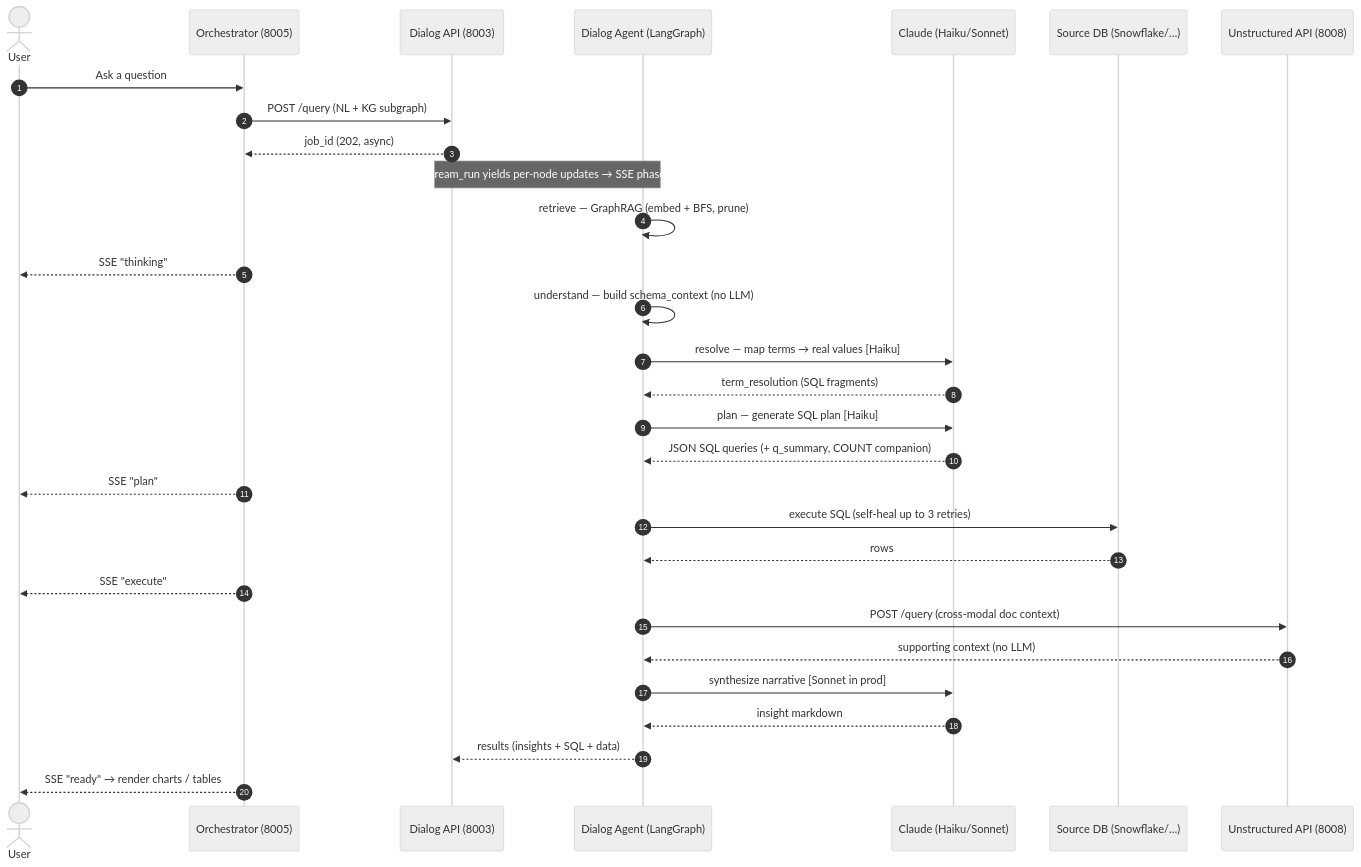
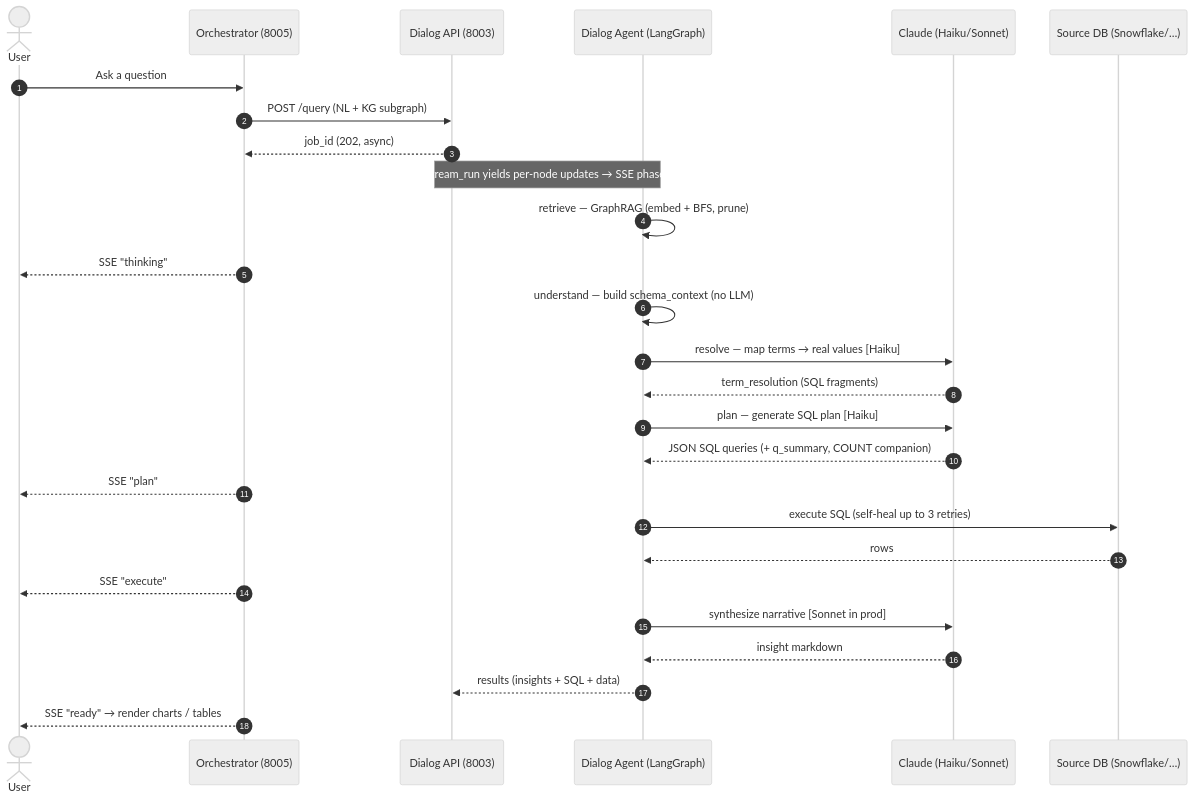
The second of 3 diagrams in docs/DataNanite_Architecture.md (sreejadhar/3M), drawn with Mermaid (neutral theme) before and after one commit. The commit also changed other lines of this file and 55 other files, not shown here.

````diff
--- a/docs/DataNanite_Architecture.md
+++ b/docs/DataNanite_Architecture.md
@@ -721,34 +683,31 @@
 ```mermaid
 sequenceDiagram
     autonumber
     actor User
     participant ORCH as Orchestrator (8005)
     participant DLG as Dialog API (8003)
     participant AG as Dialog Agent (LangGraph)
     participant LLM as Claude (Haiku/Sonnet)
     participant DB as Source DB (Snowflake/…)
-    participant DOC as Unstructured API (8008)
 
     User->>ORCH: Ask a question
     ORCH->>DLG: POST /query (NL + KG subgraph)
     DLG-->>ORCH: job_id (202, async)
     Note over DLG,AG: stream_run yields per-node updates → SSE phases
 
     AG->>AG: retrieve — GraphRAG (embed + BFS, prune)
     ORCH-->>User: SSE "thinking"
     AG->>AG: understand — build schema_context (no LLM)
     AG->>LLM: resolve — map terms → real values [Haiku]
     LLM-->>AG: term_resolution (SQL fragments)
     AG->>LLM: plan — generate SQL plan [Haiku]
     LLM-->>AG: JSON SQL queries (+ q_summary, COUNT companion)
     ORCH-->>User: SSE "plan"
     AG->>DB: execute SQL (self-heal up to 3 retries)
     DB-->>AG: rows
     ORCH-->>User: SSE "execute"
-    AG->>DOC: POST /query (cross-modal doc context)
-    DOC-->>AG: supporting context (no LLM)
     AG->>LLM: synthesize narrative [Sonnet in prod]
     LLM-->>AG: insight markdown
     AG-->>DLG: results (insights + SQL + data)
     ORCH-->>User: SSE "ready" → render charts / tables
 ```
````
